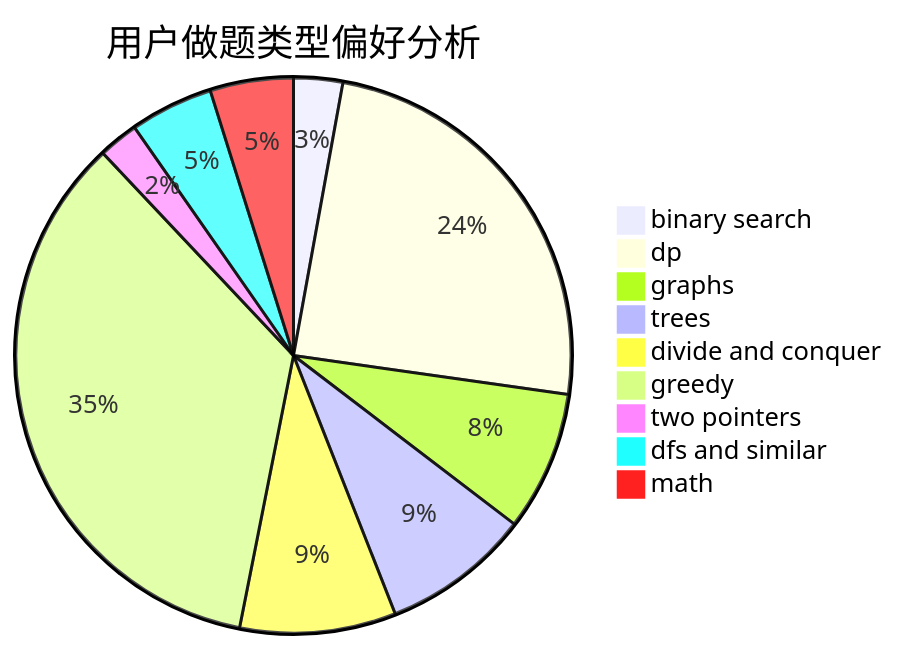
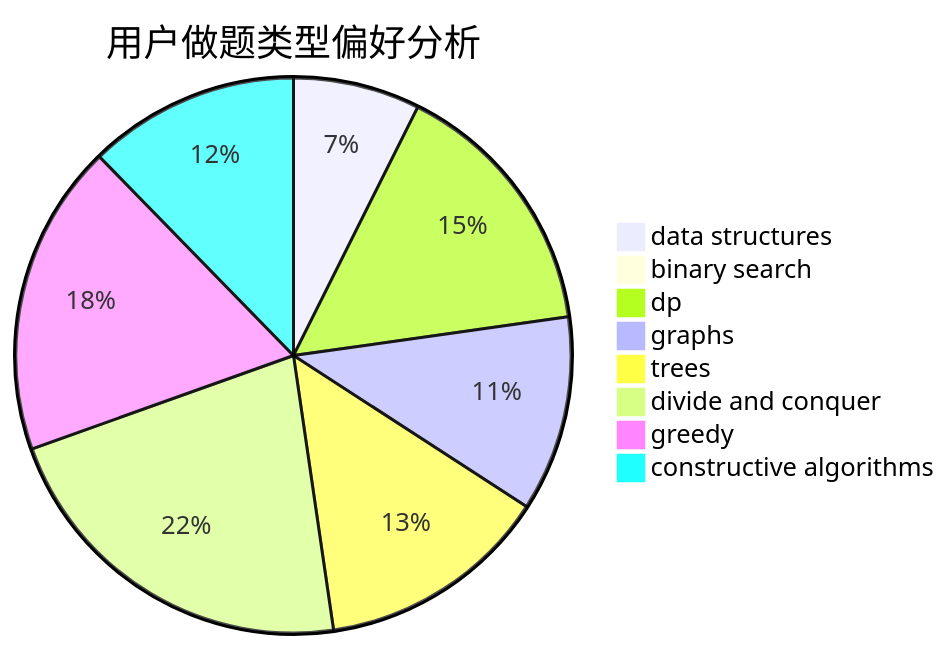
Before and after one commit to sherpahu/cfrs.github.io: the second of 3 diagrams in docs/user/u1847.md, drawn with Mermaid. The commit also changed other lines of this file and 2775 other files, not shown here.

````diff
--- a/docs/user/u1847.md
+++ b/docs/user/u1847.md
@@ -23,12 +23,11 @@
 ```mermaid
 pie title 用户做题类型偏好分析
-    "binary search" :  33
-    "dp" :  282
-    "graphs" :  94
-    "trees" :  100
-    "divide and conquer" :  105
-    "greedy" :  403
-    "two pointers" :  27
-    "dfs and similar" :  56
-    "math" :  56
+    "data structures" :  24
+    "binary search" :  2
+    "dp" :  50
+    "graphs" :  37
+    "trees" :  44
+    "divide and conquer" :  71
+    "greedy" :  59
+    "constructive algorithms" :  40
 ```
````
